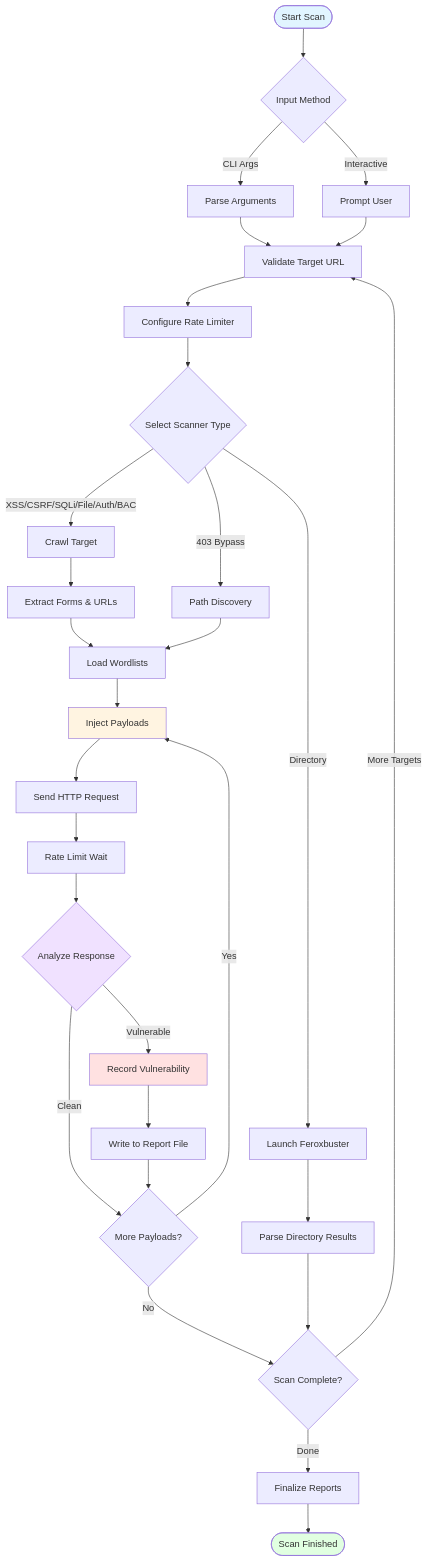
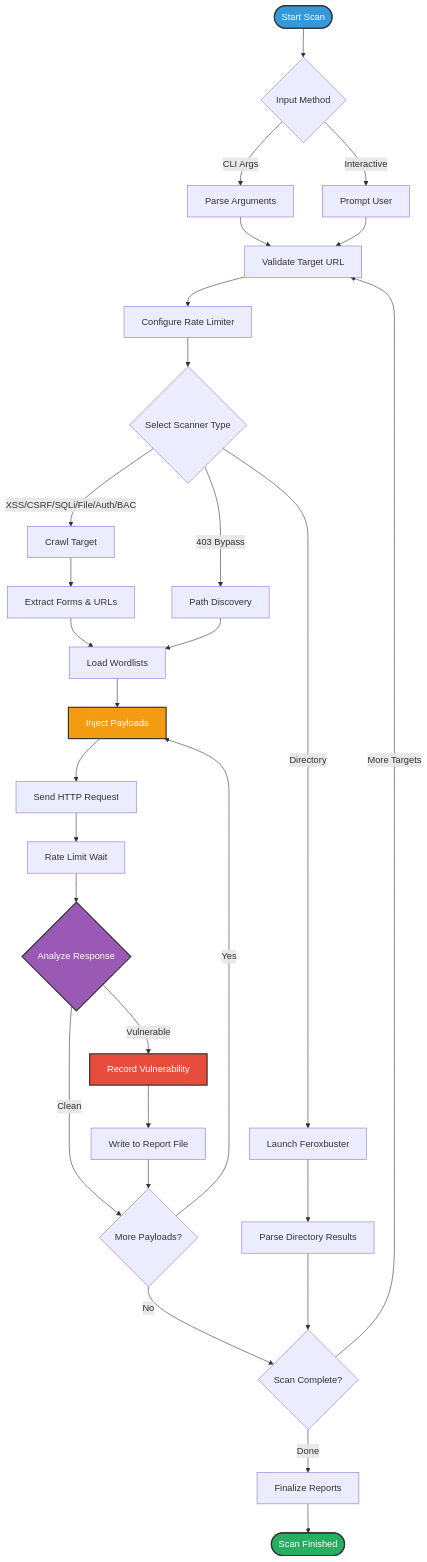
One commit to VenTheZone/Project-WebHunter changed the second of 2 diagrams in README.md. Above: the diagram before and after it, drawn with Mermaid. The commit also changed other lines of this file, not shown here.

Commit message:
fix: Improve README diagram colors for readability

````diff
--- a/README.md
+++ b/README.md
@@ -86,49 +86,49 @@
 ```mermaid
 flowchart TD
     Start([Start Scan]) --> Input{Input Method}
     Input -->|CLI Args| ParseArgs[Parse Arguments]
     Input -->|Interactive| Prompt[Prompt User]
     
     ParseArgs --> ValidateURL[Validate Target URL]
     Prompt --> ValidateURL
     
     ValidateURL --> RateLimit[Configure Rate Limiter]
     RateLimit --> SelectScanner{Select Scanner Type}
     
     SelectScanner -->|XSS/CSRF/SQLi/File/Auth/BAC| Crawl[Crawl Target]
     SelectScanner -->|403 Bypass| Discovery[Path Discovery]
     SelectScanner -->|Directory| Ferox[Launch Feroxbuster]
     
     Crawl --> ExtractData[Extract Forms & URLs]
     ExtractData --> LoadPayloads[Load Wordlists]
     
     Discovery --> LoadPayloads
     Ferox --> ParseResults[Parse Directory Results]
     
     LoadPayloads --> Inject[Inject Payloads]
     Inject --> SendRequest[Send HTTP Request]
     SendRequest --> WaitRL[Rate Limit Wait]
     WaitRL --> AnalyzeResponse{Analyze Response}
     
     AnalyzeResponse -->|Vulnerable| RecordVuln[Record Vulnerability]
     AnalyzeResponse -->|Clean| NextPayload{More Payloads?}
     
     RecordVuln --> Report[Write to Report File]
     Report --> NextPayload
     
     NextPayload -->|Yes| Inject
     NextPayload -->|No| Complete{Scan Complete?}
     
     ParseResults --> Complete
     
     Complete -->|More Targets| ValidateURL
     Complete -->|Done| GenerateReport[Finalize Reports]
     
     GenerateReport --> End([Scan Finished])
     
-    style Start fill:#e1f5ff
-    style Inject fill:#fff4e1
-    style RecordVuln fill:#ffe1e1
-    style End fill:#e1ffe1
-    style AnalyzeResponse fill:#f0e1ff
+    style Start fill:#3498db,stroke:#333,stroke-width:2px,color:#fff
+    style Inject fill:#f39c12,stroke:#333,stroke-width:2px,color:#fff
+    style RecordVuln fill:#e74c3c,stroke:#333,stroke-width:2px,color:#fff
+    style End fill:#27ae60,stroke:#333,stroke-width:2px,color:#fff
+    style AnalyzeResponse fill:#9b59b6,stroke:#333,stroke-width:2px,color:#fff
 ```
````
